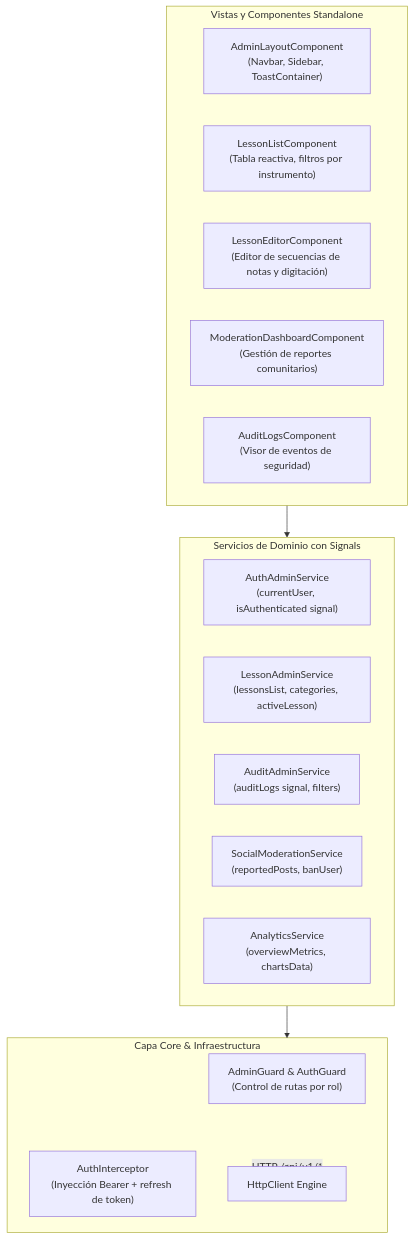
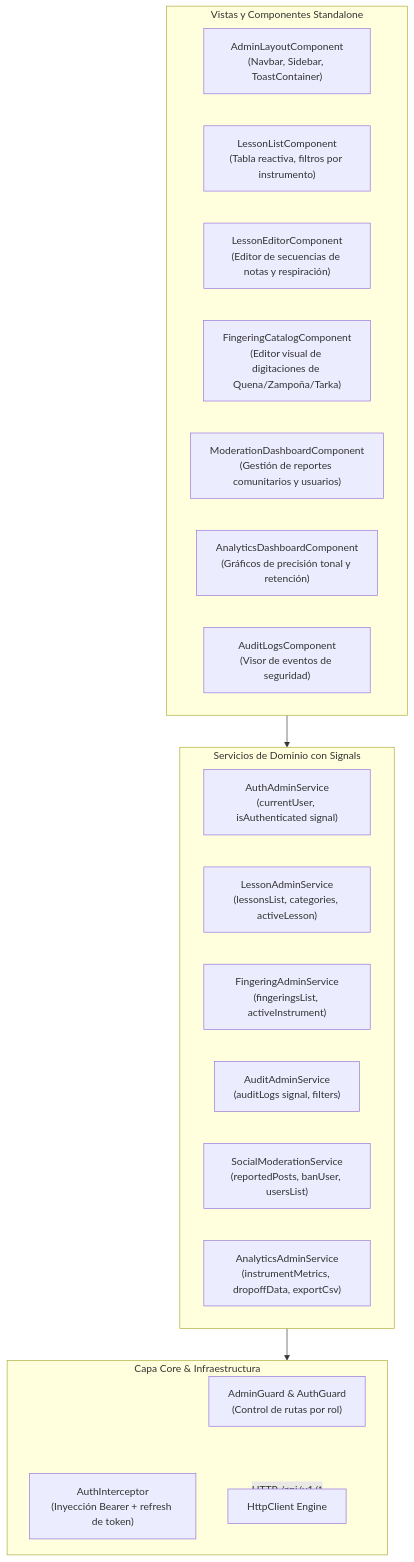
One commit to julioficctcr7/aliento-andino-julio changed the fourth of 8 diagrams in docs/C4_MODEL.md. Above: the diagram before and after it, drawn with Mermaid. The commit also changed other lines of this file and 4 other files, not shown here.

````diff
--- a/docs/C4_MODEL.md
+++ b/docs/C4_MODEL.md
@@ -172,28 +187,31 @@
 ```mermaid
 flowchart TD
     subgraph WebCore ["Capa Core & Infraestructura"]
         AuthGuard["AdminGuard & AuthGuard<br/>(Control de rutas por rol)"]
         AuthInterceptor["AuthInterceptor<br/>(Inyección Bearer + refresh de token)"]
         HttpService["HttpClient Engine"]
     end
 
     subgraph WebServices ["Servicios de Dominio con Signals"]
         AuthAdminSvc["AuthAdminService<br/>(currentUser, isAuthenticated signal)"]
         LessonAdminSvc["LessonAdminService<br/>(lessonsList, categories, activeLesson)"]
+        FingeringAdminSvc["FingeringAdminService<br/>(fingeringsList, activeInstrument)"]
         AuditAdminSvc["AuditAdminService<br/>(auditLogs signal, filters)"]
-        ModerationSvc["SocialModerationService<br/>(reportedPosts, banUser)"]
-        AnalyticsSvc["AnalyticsService<br/>(overviewMetrics, chartsData)"]
+        ModerationSvc["SocialModerationService<br/>(reportedPosts, banUser, usersList)"]
+        AnalyticsSvc["AnalyticsAdminService<br/>(instrumentMetrics, dropoffData, exportCsv)"]
     end
 
     subgraph WebViews ["Vistas y Componentes Standalone"]
         LayoutComp["AdminLayoutComponent<br/>(Navbar, Sidebar, ToastContainer)"]
         LessonListComp["LessonListComponent<br/>(Tabla reactiva, filtros por instrumento)"]
-        LessonEditorComp["LessonEditorComponent<br/>(Editor de secuencias de notas y digitación)"]
-        ModerationComp["ModerationDashboardComponent<br/>(Gestión de reportes comunitarios)"]
+        LessonEditorComp["LessonEditorComponent<br/>(Editor de secuencias de notas y respiración)"]
+        FingeringCatalogComp["FingeringCatalogComponent<br/>(Editor visual de digitaciones de Quena/Zampoña/Tarka)"]
+        ModerationComp["ModerationDashboardComponent<br/>(Gestión de reportes comunitarios y usuarios)"]
+        AnalyticsComp["AnalyticsDashboardComponent<br/>(Gráficos de precisión tonal y retención)"]
         AuditLogsComp["AuditLogsComponent<br/>(Visor de eventos de seguridad)"]
     end
 
     WebViews --> WebServices
     WebServices --> WebCore
     WebCore -->|"HTTP /api/v1/*"| HttpService
 ```
````
